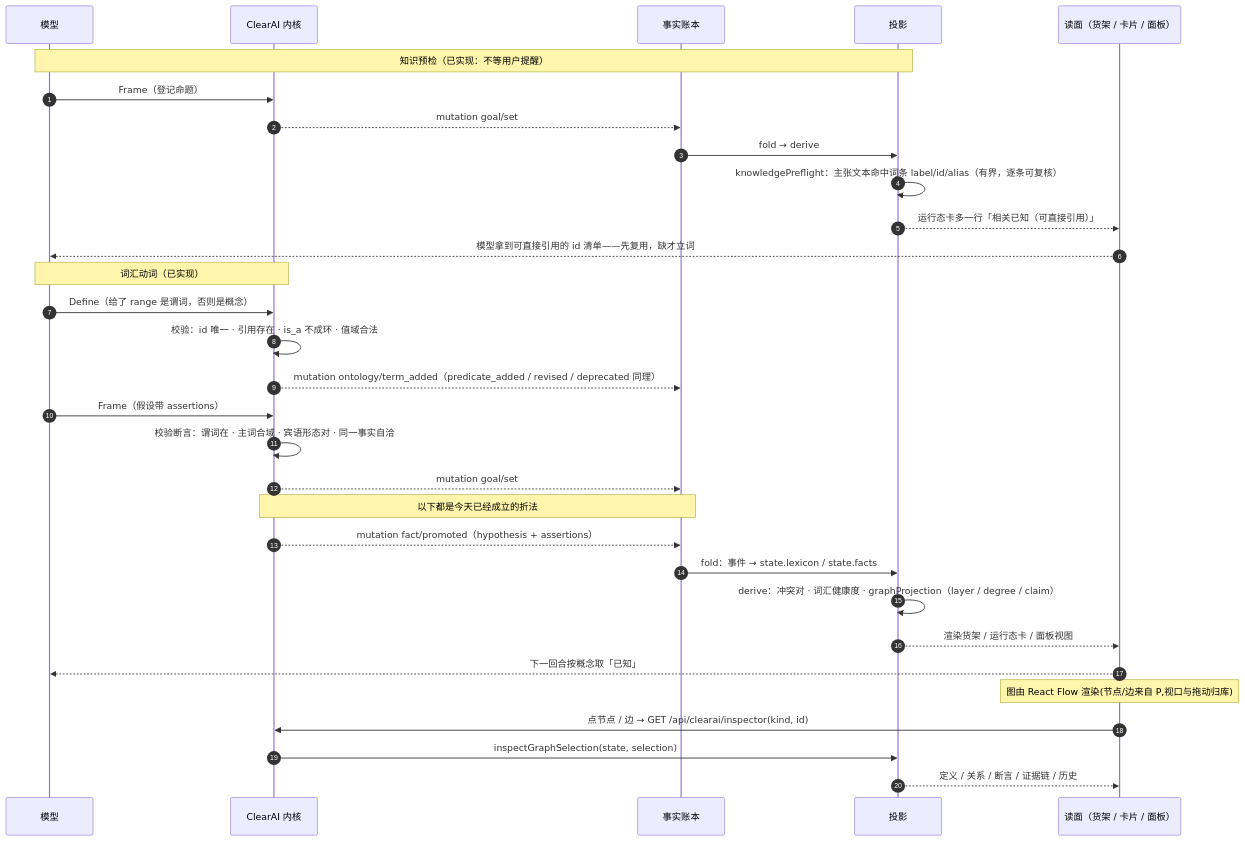
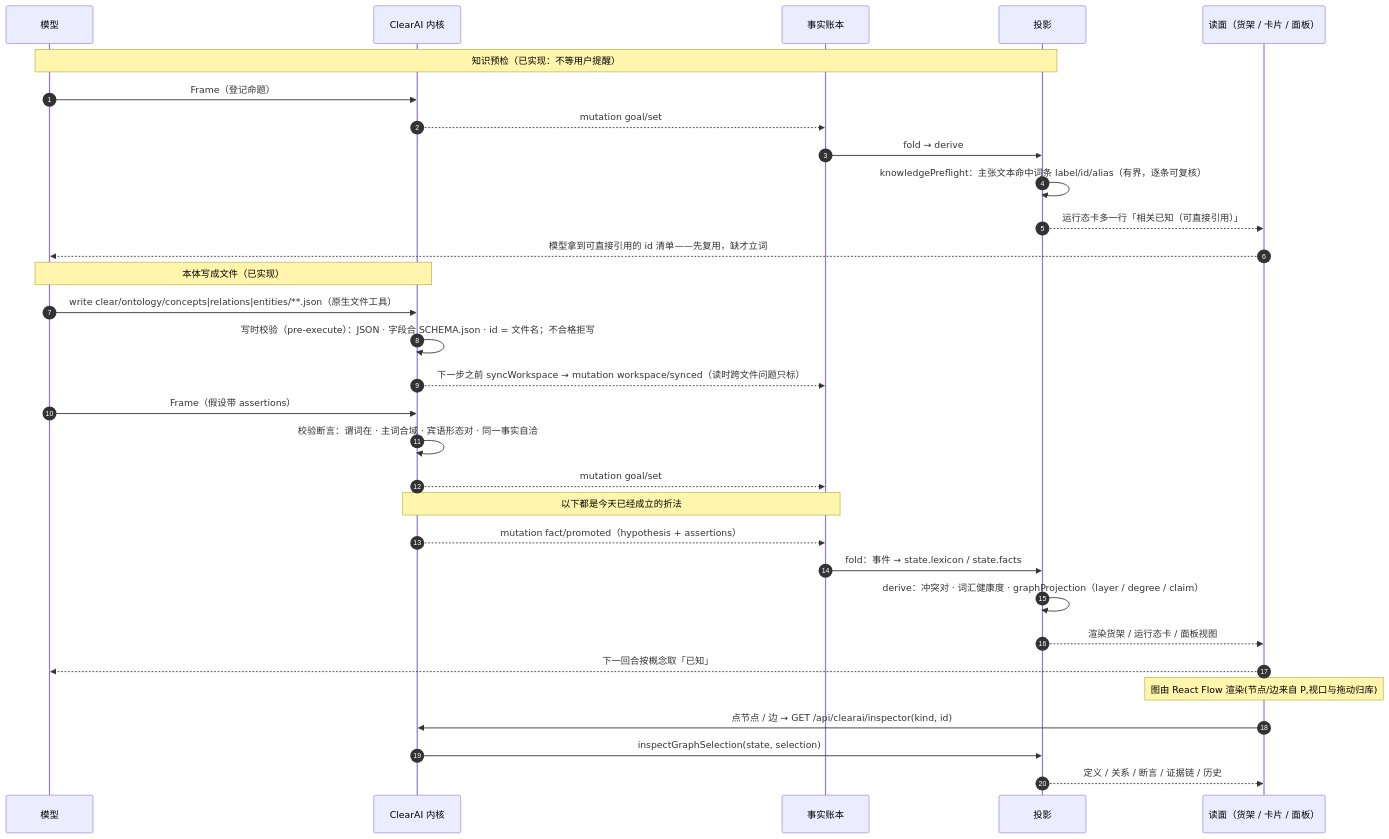
The sixth of 8 diagrams in docs/optimization/timing-diagrams.zh-CN.md (Clearailhc/clearai-dsh), drawn with Mermaid before and after one commit. The commit also changed other lines of this file and 14 other files, not shown here.

First line of the commit message:
文档:本体改成文件树之后的领域本体、已知缺口、状态机、时序图与变更记录

````diff
--- a/docs/optimization/timing-diagrams.zh-CN.md
+++ b/docs/optimization/timing-diagrams.zh-CN.md
@@ -220,35 +220,35 @@
 ```mermaid
 sequenceDiagram
     autonumber
     participant M as 模型
     participant K as ClearAI 内核
     participant L as 事实账本
     participant P as 投影
     participant G as 读面（货架 / 卡片 / 面板）
 
     Note over M,P: 知识预检（已实现：不等用户提醒）
     M->>K: Frame（登记命题）
     K-->>L: mutation goal/set
     L->>P: fold → derive
     P->>P: knowledgePreflight：主张文本命中词条 label/id/alias（有界，逐条可复核）
     P-->>G: 运行态卡多一行「相关已知（可直接引用）」
     G-->>M: 模型拿到可直接引用的 id 清单——先复用，缺才立词
 
-    Note over M,K: 词汇动词（已实现）
-    M->>K: Define（给了 range 是谓词，否则是概念）
-    K->>K: 校验：id 唯一 · 引用存在 · is_a 不成环 · 值域合法
-    K-->>L: mutation ontology/term_added（predicate_added / revised / deprecated 同理）
+    Note over M,K: 本体写成文件（已实现）
+    M->>K: write clear/ontology/concepts|relations|entities/**.json（原生文件工具）
+    K->>K: 写时校验（pre-execute）：JSON · 字段合 SCHEMA.json · id = 文件名；不合格拒写
+    K-->>L: 下一步之前 syncWorkspace → mutation workspace/synced（读时跨文件问题只标）
     M->>K: Frame（假设带 assertions）
     K->>K: 校验断言：谓词在 · 主词合域 · 宾语形态对 · 同一事实自洽
     K-->>L: mutation goal/set
     Note over K,L: 以下都是今天已经成立的折法
     K-->>L: mutation fact/promoted（hypothesis + assertions）
     L->>P: fold：事件 → state.lexicon / state.facts
     P->>P: derive：冲突对 · 词汇健康度 · graphProjection（layer / degree / claim）
     P-->>G: 渲染货架 / 运行态卡 / 面板视图
     G-->>M: 下一回合按概念取「已知」
     Note over G: 图由 React Flow 渲染(节点/边来自 P,视口与拖动归库)
     G->>K: 点节点 / 边 → GET /api/clearai/inspector(kind, id)
     K->>P: inspectGraphSelection(state, selection)
     P-->>G: 定义 / 关系 / 断言 / 证据链 / 历史
 ```
````
